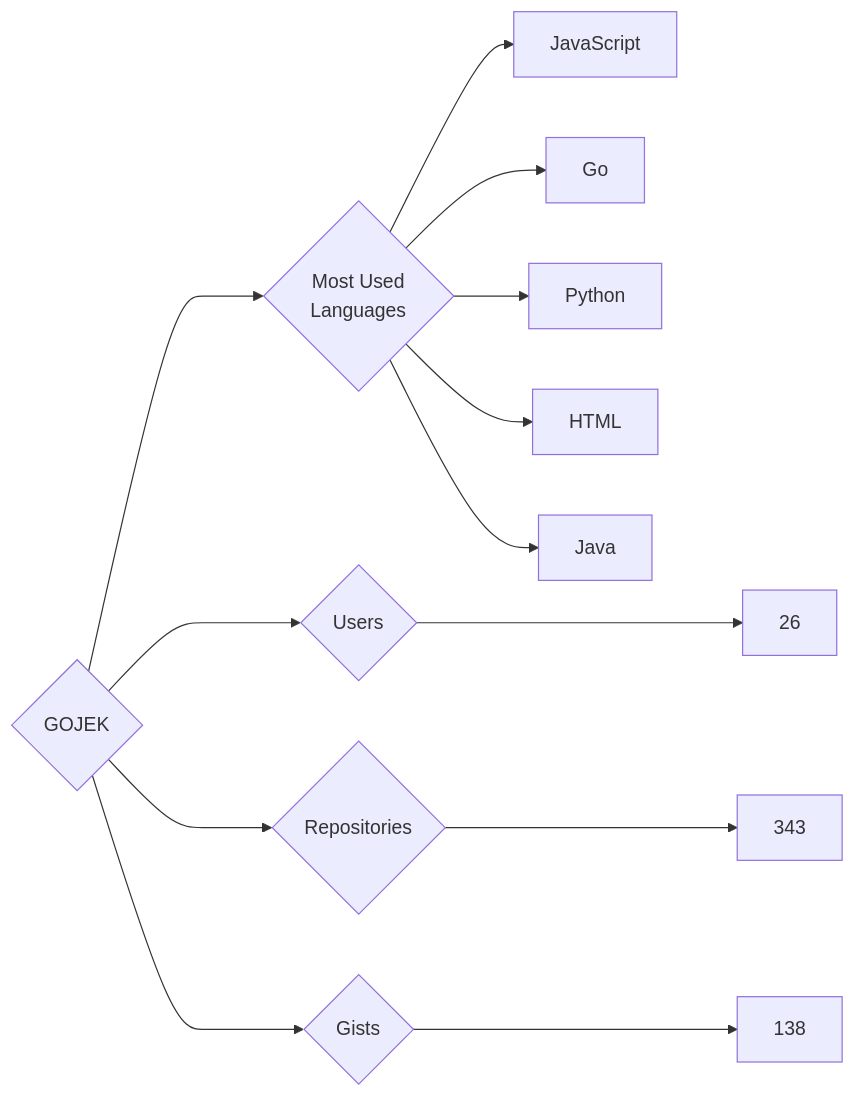
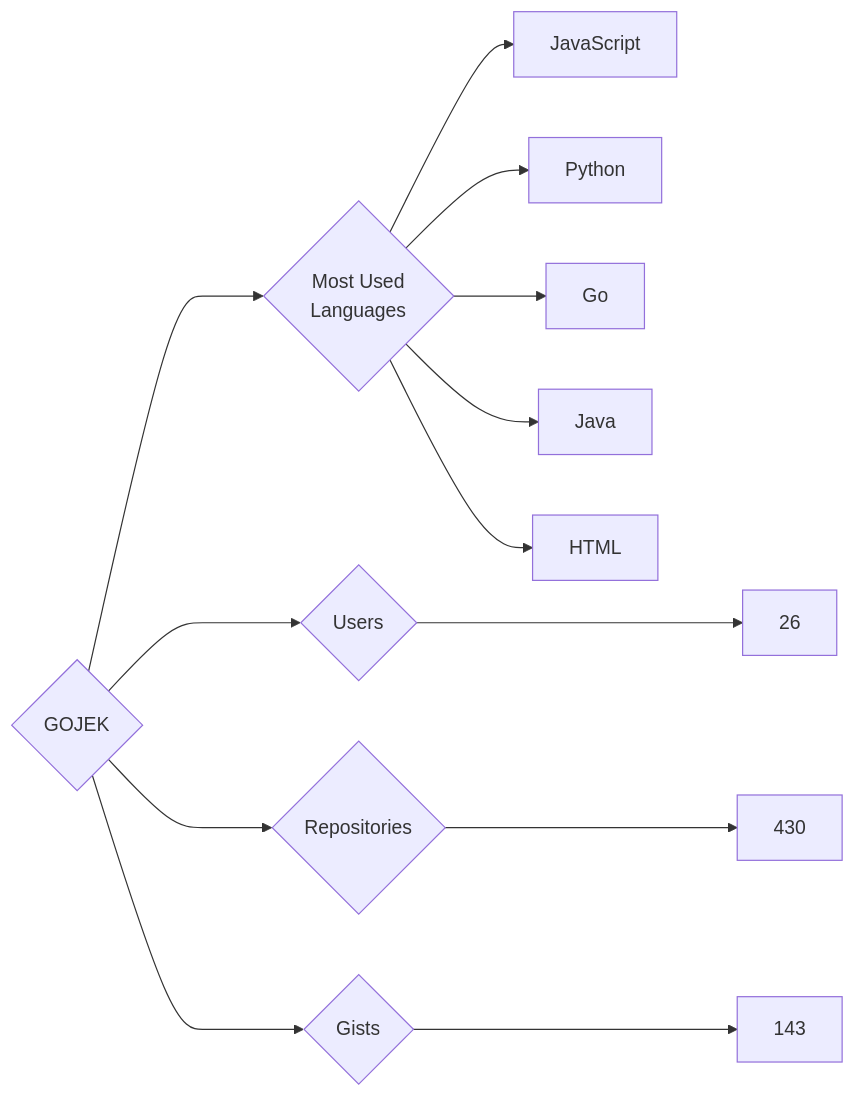
Before and after one commit to trickest/insiders: the diagram in targets/GOJEK/README.md, drawn with Mermaid. The commit also changed 860 other files, not shown here.

````diff
--- a/targets/GOJEK/README.md
+++ b/targets/GOJEK/README.md
@@ -3,13 +3,13 @@
 ```mermaid
 graph LR
 COMPANY_NAME{GOJEK}
 COMPANY_NAME ---> U{Users} ---> UN[26]
-COMPANY_NAME ---> R{Repositories} ---> RN[343]
-COMPANY_NAME ---> G{Gists} ---> GN[138]
+COMPANY_NAME ---> R{Repositories} ---> RN[430]
+COMPANY_NAME ---> G{Gists} ---> GN[143]
 COMPANY_NAME ---> ML{Most Used<br>Languages}
 ML --> JavaScript[JavaScript]
+ML --> Python[Python]
 ML --> Go[Go]
-ML --> Python[Python]
+ML --> Java[Java]
 ML --> HTML[HTML]
-ML --> Java[Java]
 ```
````
